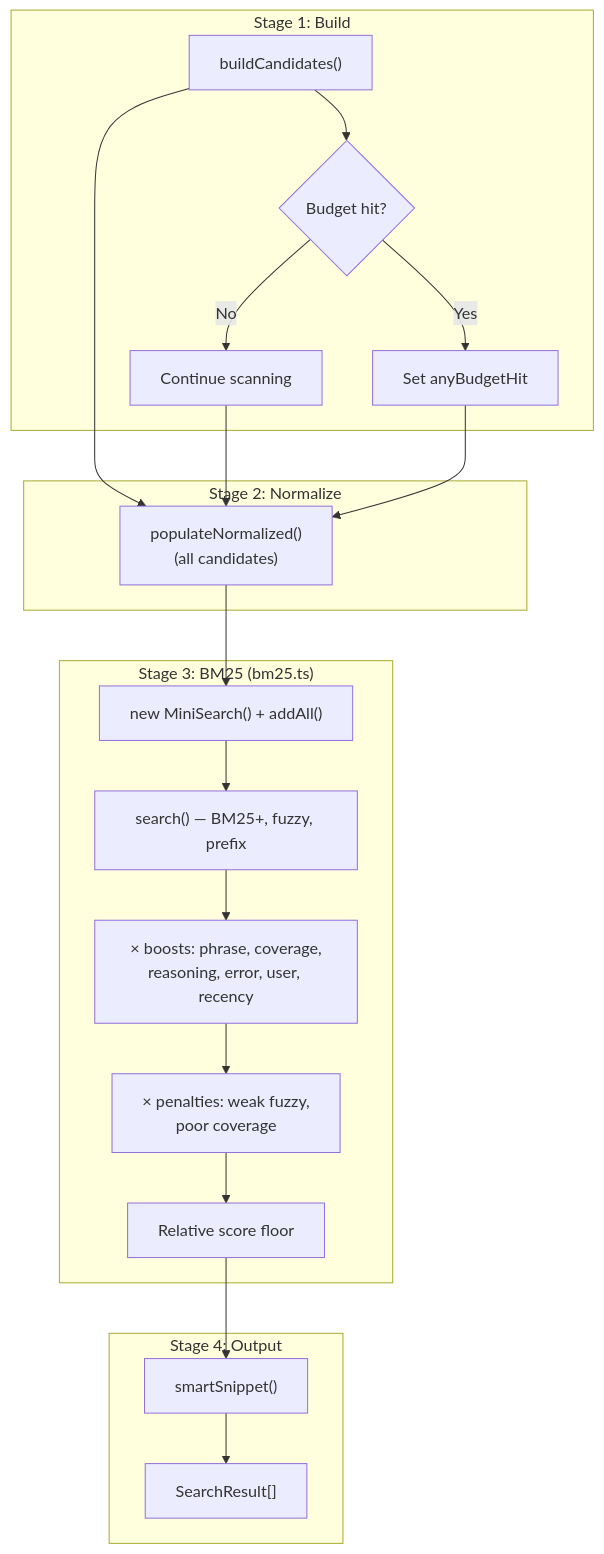
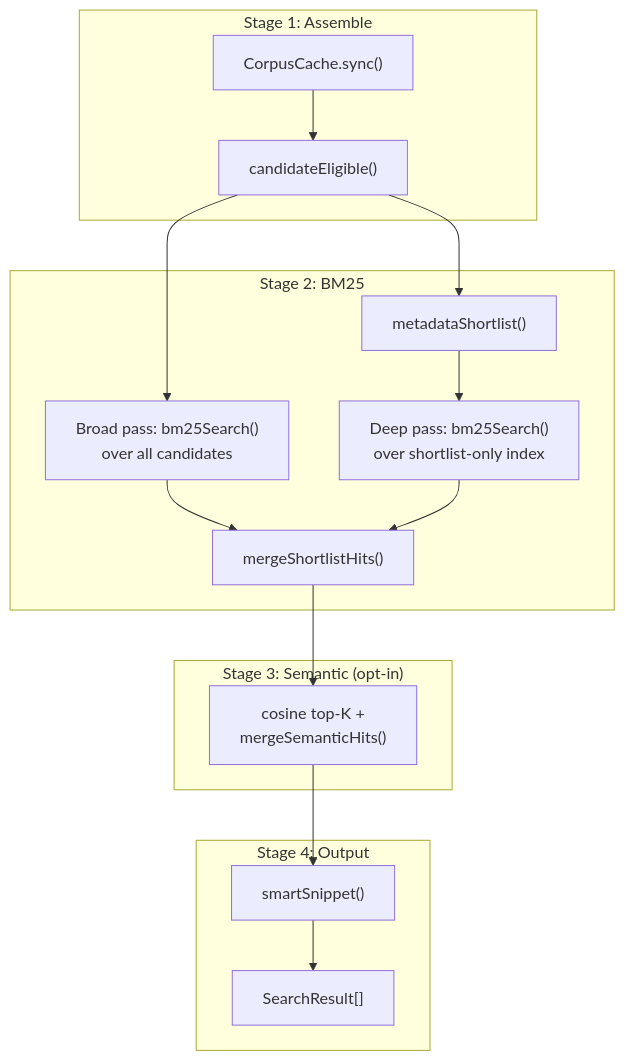
Before and after one commit to rmk40/opencode-session-recall: the third of 5 diagrams in CONTRIBUTING.md, drawn with Mermaid. The commit also changed other lines of this file and 2 other files, not shown here.

````diff
--- a/CONTRIBUTING.md
+++ b/CONTRIBUTING.md
@@ -147,32 +152,29 @@
 ```mermaid
 flowchart TB
-    subgraph "Stage 1: Build"
-        Build["buildCandidates()"]
-        Build --> BudgetCheck{"Budget hit?"}
-        BudgetCheck -->|Yes| MarkBudget["Set anyBudgetHit"]
-        BudgetCheck -->|No| Continue["Continue scanning"]
+    subgraph "Stage 1: Assemble"
+        Sync["CorpusCache.sync()"]
+        Sync --> Filter["candidateEligible()"]
     end
 
-    subgraph "Stage 2: Normalize"
-        Normalize["populateNormalized()<br/>(all candidates)"]
+    subgraph "Stage 2: BM25"
+        Broad["Broad pass: bm25Search()<br/>over all candidates"]
+        Shortlist["metadataShortlist()"]
+        Shortlist --> Deep["Deep pass: bm25Search()<br/>over shortlist-only index"]
+        Broad --> Merge["mergeShortlistHits()"]
+        Deep --> Merge
     end
 
-    subgraph "Stage 3: BM25 (bm25.ts)"
-        Index["new MiniSearch() + addAll()"]
-        Index --> Search["search() — BM25+, fuzzy, prefix"]
-        Search --> Boosts["× boosts: phrase, coverage,<br/>reasoning, error, user, recency"]
-        Boosts --> Penalties["× penalties: weak fuzzy,<br/>poor coverage"]
-        Penalties --> Floor["Relative score floor"]
+    subgraph "Stage 3: Semantic (opt-in)"
+        Sem["cosine top-K +<br/>mergeSemanticHits()"]
     end
 
     subgraph "Stage 4: Output"
         Snippet["smartSnippet()"]
         Snippet --> Results["SearchResult[]"]
     end
 
-    Build --> Normalize
-    Continue --> Normalize
-    MarkBudget --> Normalize
-    Normalize --> Index
-    Floor --> Snippet
+    Filter --> Broad
+    Filter --> Shortlist
+    Merge --> Sem
+    Sem --> Snippet
 ```
````
